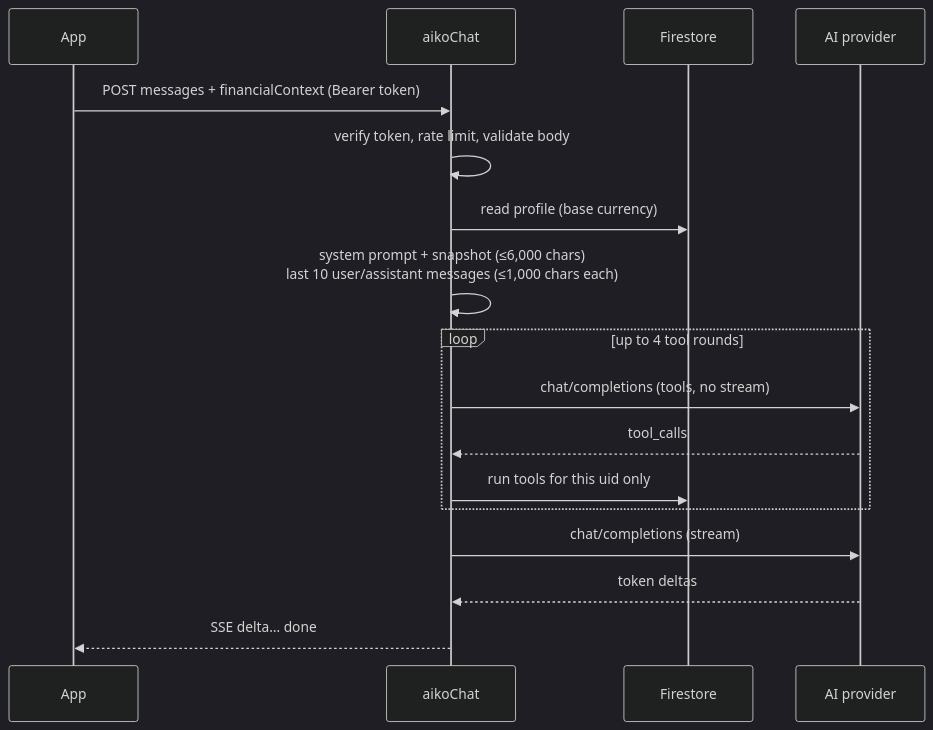
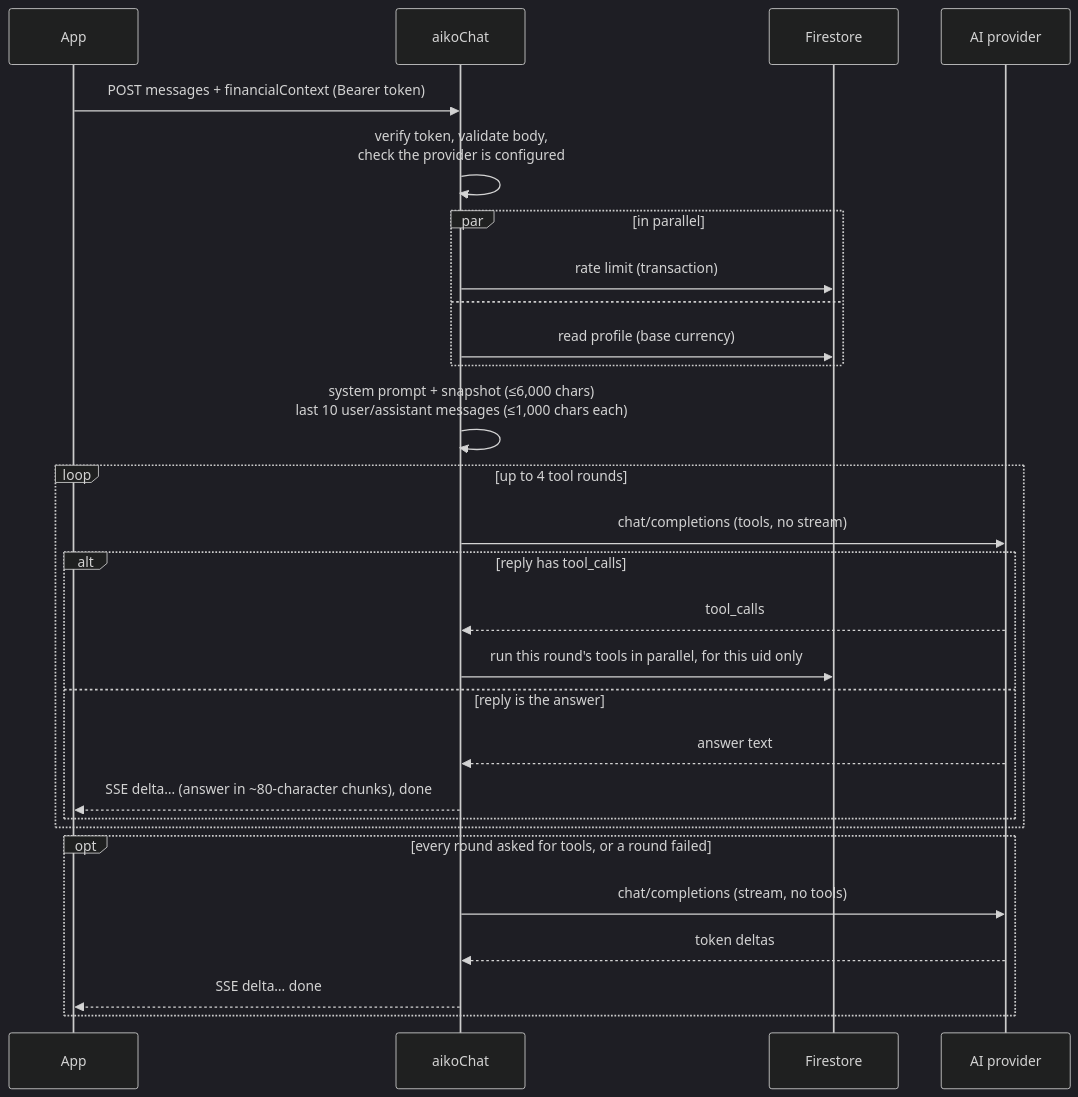
Before and after one commit to PePoDev/aiko: the first of 2 diagrams in docs/backend.md, drawn with Mermaid (dark theme). The commit also changed other lines of this file and 14 other files, not shown here.

First line of the commit message:
Convert Asset Allocation to base currency; bring docs up to date

````diff
--- a/docs/backend.md
+++ b/docs/backend.md
@@ -65,19 +78,30 @@
 ```mermaid
 sequenceDiagram
   participant App
   participant F as aikoChat
   participant DB as Firestore
   participant AI as AI provider
   App->>F: POST messages + financialContext (Bearer token)
-  F->>F: verify token, rate limit, validate body
-  F->>DB: read profile (base currency)
+  F->>F: verify token, validate body,<br/>check the provider is configured
+  par in parallel
+    F->>DB: rate limit (transaction)
+  and
+    F->>DB: read profile (base currency)
+  end
   F->>F: system prompt + snapshot (≤6,000 chars)<br/>last 10 user/assistant messages (≤1,000 chars each)
   loop up to 4 tool rounds
     F->>AI: chat/completions (tools, no stream)
-    AI-->>F: tool_calls
-    F->>DB: run tools for this uid only
+    alt reply has tool_calls
+      AI-->>F: tool_calls
+      F->>DB: run this round's tools in parallel, for this uid only
+    else reply is the answer
+      AI-->>F: answer text
+      F-->>App: SSE delta… (answer in ~80-character chunks), done
+    end
   end
-  F->>AI: chat/completions (stream)
-  AI-->>F: token deltas
-  F-->>App: SSE delta… done
+  opt every round asked for tools, or a round failed
+    F->>AI: chat/completions (stream, no tools)
+    AI-->>F: token deltas
+    F-->>App: SSE delta… done
+  end
 ```
````
